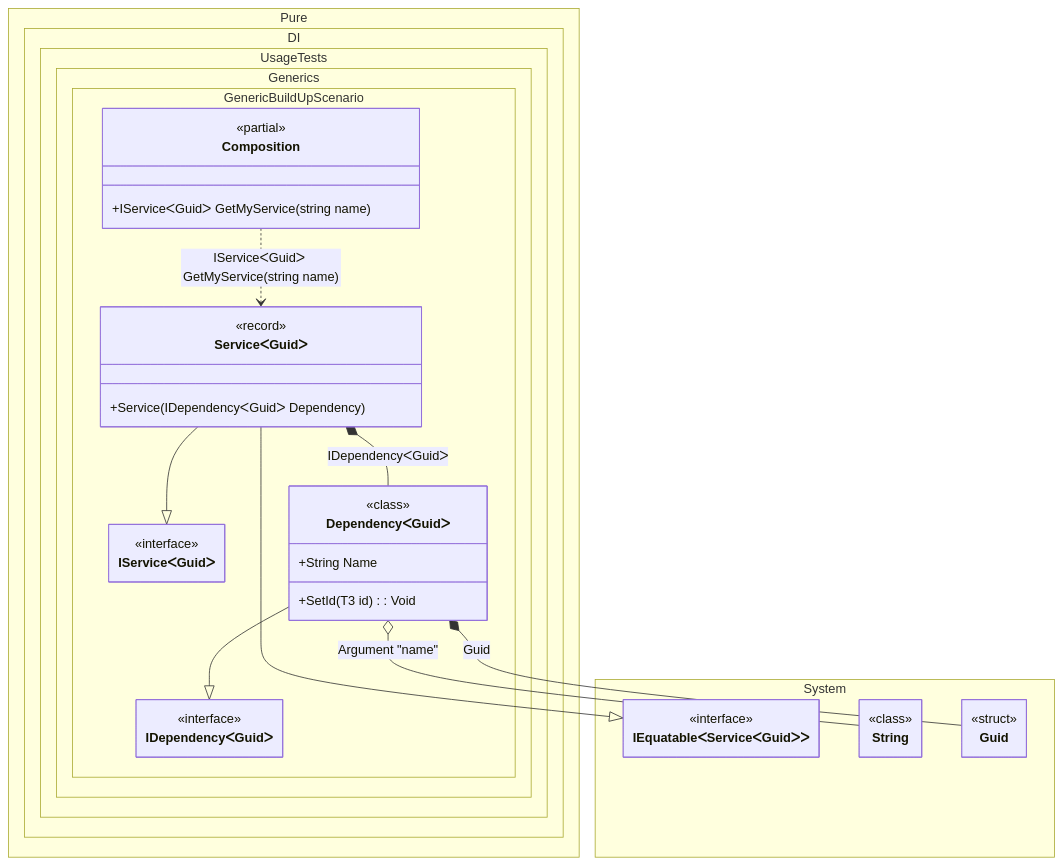
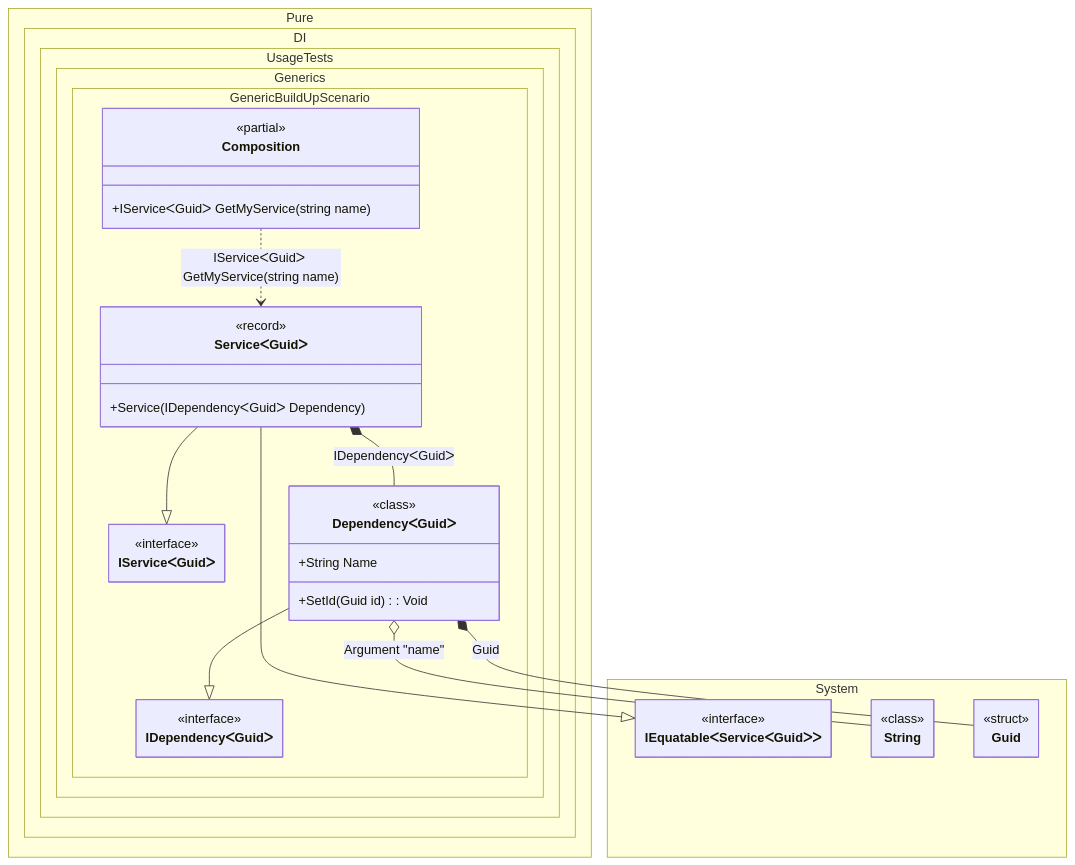
Before and after one commit to DevTeam/Pure.DI: the diagram in readme/build-up-of-an-existing-generic-object.md, drawn with Mermaid. The commit also changed other lines of this file and 98 other files, not shown here.

````diff
--- a/readme/build-up-of-an-existing-generic-object.md
+++ b/readme/build-up-of-an-existing-generic-object.md
@@ -134,49 +134,49 @@
 ```mermaid
 ---
  config:
   maxTextSize: 2147483647
   maxEdges: 2147483647
   class:
    hideEmptyMembersBox: true
 ---
 classDiagram
 	ServiceᐸGuidᐳ --|> IServiceᐸGuidᐳ
 	ServiceᐸGuidᐳ --|> IEquatableᐸServiceᐸGuidᐳᐳ
 	DependencyᐸGuidᐳ --|> IDependencyᐸGuidᐳ
 	Composition ..> ServiceᐸGuidᐳ : IServiceᐸGuidᐳ GetMyService(string name)
 	ServiceᐸGuidᐳ *--  DependencyᐸGuidᐳ : IDependencyᐸGuidᐳ
 	DependencyᐸGuidᐳ o-- String : Argument "name"
 	DependencyᐸGuidᐳ *--  Guid : Guid
 	namespace Pure.DI.UsageTests.Generics.GenericBuildUpScenario {
 		class Composition {
 		<<partial>>
 		+IServiceᐸGuidᐳ GetMyService(string name)
 		}
 		class DependencyᐸGuidᐳ {
 				<<class>>
 			+String Name
-			+SetId(T3 id) : Void
+			+SetId(Guid id) : Void
 		}
 		class IDependencyᐸGuidᐳ {
 			<<interface>>
 		}
 		class IServiceᐸGuidᐳ {
 			<<interface>>
 		}
 		class ServiceᐸGuidᐳ {
 				<<record>>
 			+Service(IDependencyᐸGuidᐳ Dependency)
 		}
 	}
 	namespace System {
 		class Guid {
 				<<struct>>
 		}
 		class IEquatableᐸServiceᐸGuidᐳᐳ {
 			<<interface>>
 		}
 		class String {
 				<<class>>
 		}
 	}
 ```
````
